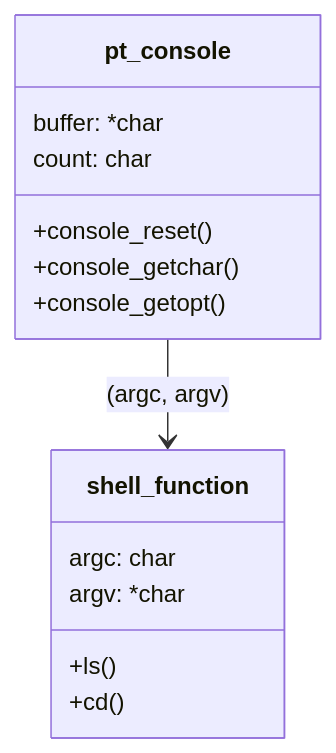
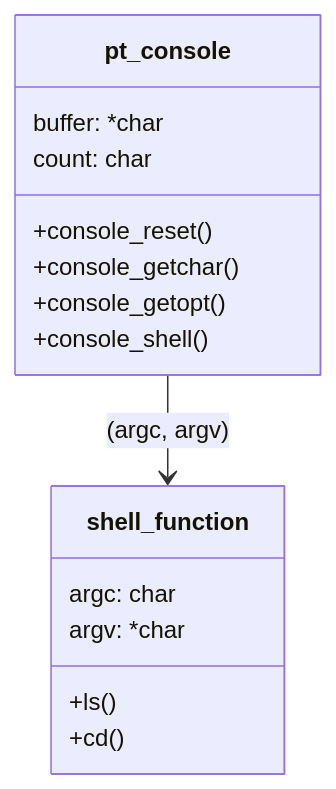
One commit to tim108108/rp2shell changed the diagram in README.md. Above: the diagram before and after it, drawn with Mermaid. The commit also changed 1 other file, not shown here.

Commit message:
modify cmd

````diff
--- a/README.md
+++ b/README.md
@@ -45,17 +45,18 @@
 ```mermaid
 classDiagram
     pt_console --> shell_function: (argc, argv)
     class pt_console{
         buffer: *char
         count: char
         +console_reset()
         +console_getchar()
         +console_getopt()
+        +console_shell()
     }
     class shell_function{
         argc: char
         argv: *char
         +ls()
         +cd()
     }
 ```
````
